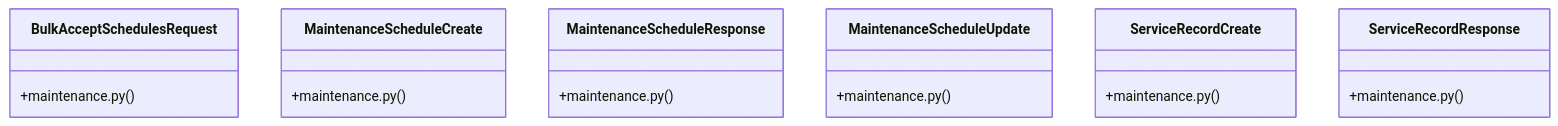
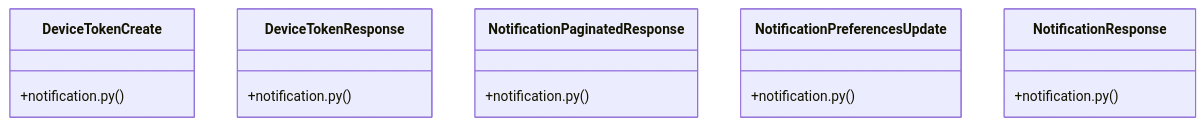
The diagram in src/graphify-out/wiki/Community_15.md (IHKodifier/veltrics), drawn with Mermaid before and after one commit. The commit also changed other lines of this file and 97 other files, not shown here.

Commit message:
graphify updated anad manual testing guide brought up to sprint

````diff
--- a/src/graphify-out/wiki/Community_15.md
+++ b/src/graphify-out/wiki/Community_15.md
@@ -33,21 +34,18 @@
 ```mermaid
 classDiagram
-    class BulkAcceptSchedulesRequest {
-        +maintenance.py()
+    class DeviceTokenCreate {
+        +notification.py()
     }
-    class MaintenanceScheduleCreate {
-        +maintenance.py()
+    class DeviceTokenResponse {
+        +notification.py()
     }
-    class MaintenanceScheduleResponse {
-        +maintenance.py()
+    class NotificationPaginatedResponse {
+        +notification.py()
     }
-    class MaintenanceScheduleUpdate {
-        +maintenance.py()
+    class NotificationPreferencesUpdate {
+        +notification.py()
     }
-    class ServiceRecordCreate {
-        +maintenance.py()
-    }
-    class ServiceRecordResponse {
-        +maintenance.py()
+    class NotificationResponse {
+        +notification.py()
     }
 ```
````
